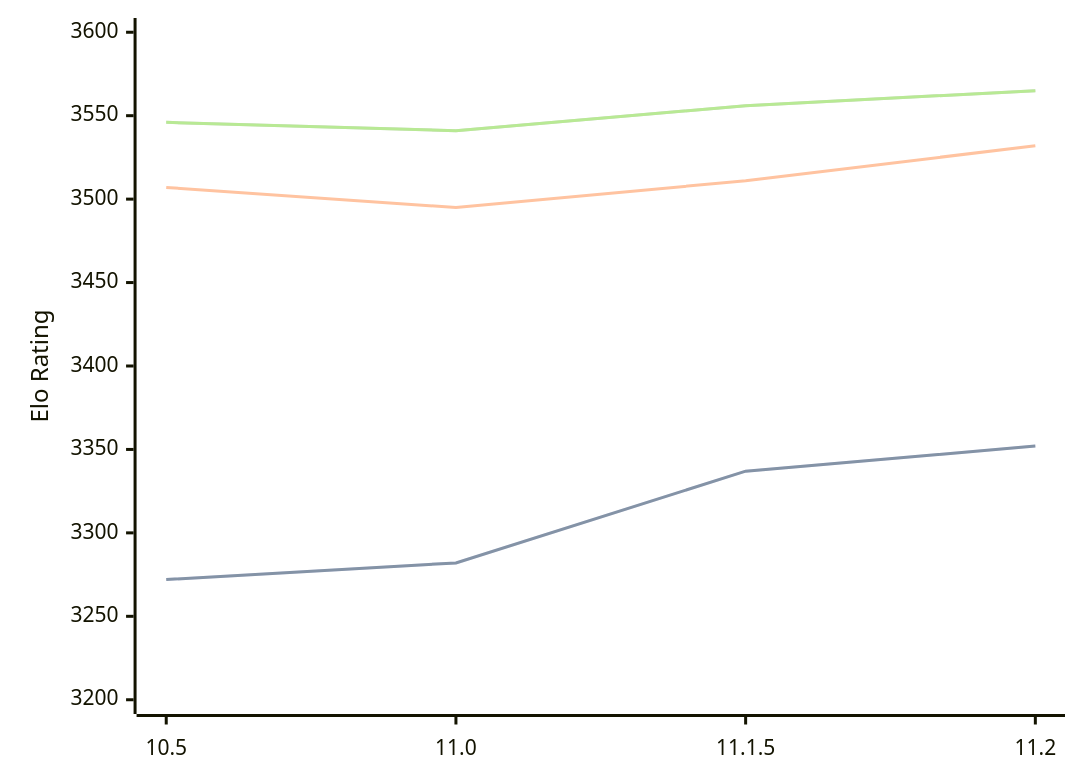
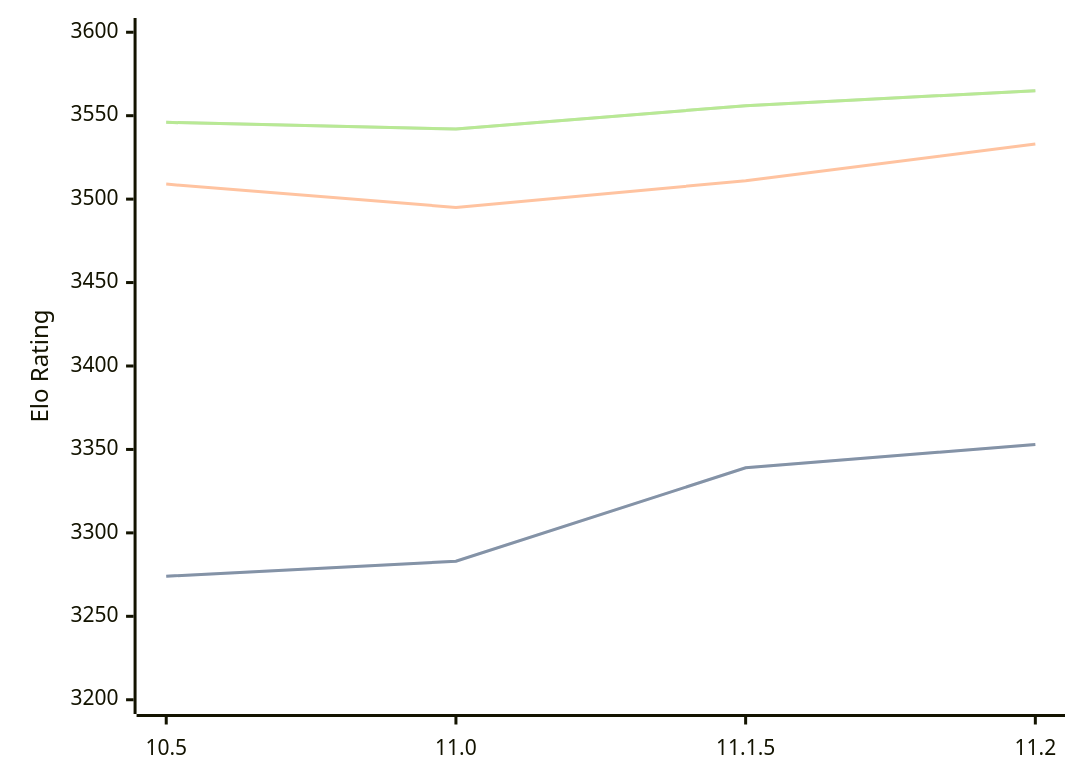
One commit to computer-chess-index/cci changed the diagram in engines/Lizard.md. Above: the diagram before and after it, drawn with Mermaid. The commit also changed other lines of this file, not shown here.

Commit message:
Update CCI Ratings (ELO VLTC) - 2026-05-17

````diff
--- a/engines/Lizard.md
+++ b/engines/Lizard.md
@@ -46,11 +46,11 @@
 ```mermaid
 %%{init: {"theme":"base","themeVariables":{"seriesColors:['#a3a3a3','#222221','#faa371']}}}%%
 xychart-beta
   x-axis ["10.5", "11.0", "11.1.5", "11.2"]
   y-axis "Elo Rating" 3200 --> 3600
-  line "STC (8.0+0.08s)" [3272, 3282, 3337, 3352]
-  line "STC (8.0+0.08s)" [3272, 3282, 3337, 3352]
-  line "LTC (60.0+0.60s)" [3507, 3495, 3511, 3532]
-  line "VLTC (2m24s+1.12s)" [3546, 3541, 3556, 3565]
-  line "VLTC (2m24s+1.12s)" [3546, 3541, 3556, 3565]
+  line "STC (8.0+0.08s)" [3274, 3283, 3339, 3353]
+  line "STC (8.0+0.08s)" [3274, 3283, 3339, 3353]
+  line "LTC (60.0+0.60s)" [3509, 3495, 3511, 3533]
+  line "VLTC (2m24s+1.12s)" [3546, 3542, 3556, 3565]
+  line "VLTC (2m24s+1.12s)" [3546, 3542, 3556, 3565]
 ```
````
